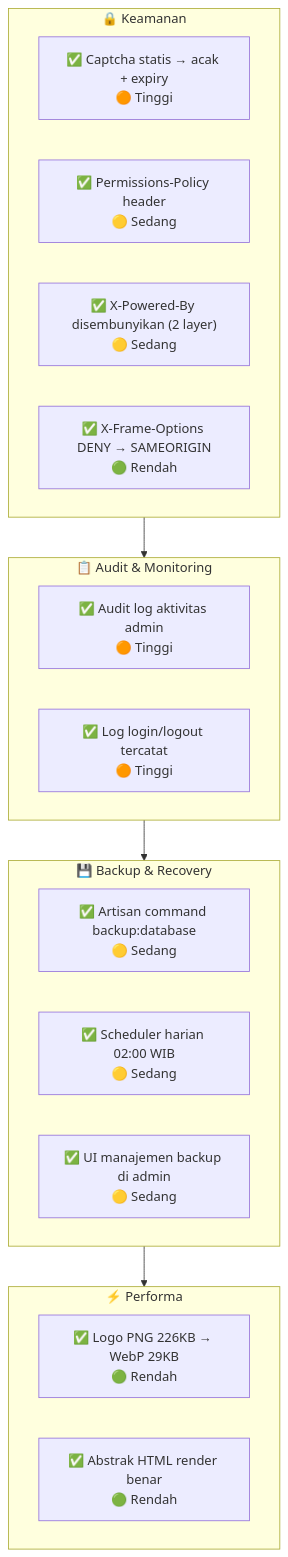
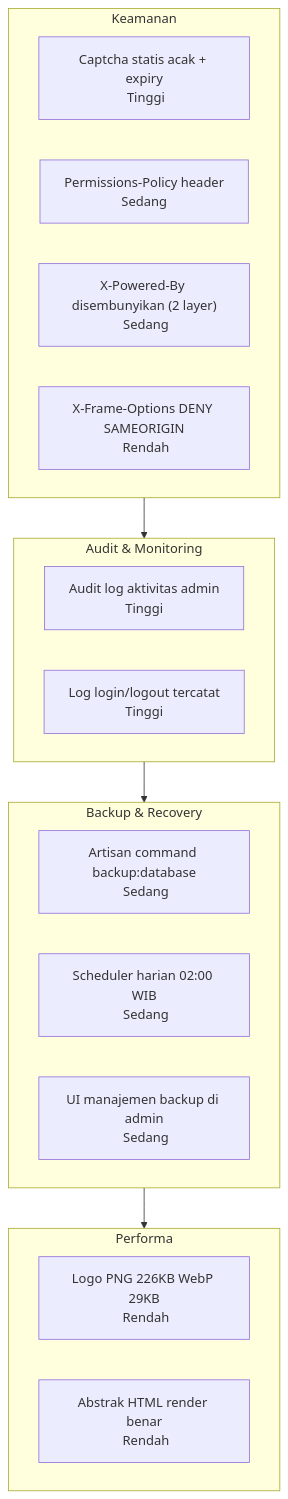
One commit to diskonnekted/jdih changed the seventh of 7 diagrams in docs/laporan_pentest_jdih.md. Above: the diagram before and after it, drawn with Mermaid. The commit also changed other lines of this file and 2 other files, not shown here.

````diff
--- a/docs/laporan_pentest_jdih.md
+++ b/docs/laporan_pentest_jdih.md
@@ -207,23 +203,23 @@
 ```mermaid
 graph TD
-    subgraph SEC ["🔒 Keamanan"]
-        S1["✅ Captcha statis → acak + expiry\n🟠 Tinggi"]
-        S2["✅ Permissions-Policy header\n🟡 Sedang"]
-        S3["✅ X-Powered-By disembunyikan (2 layer)\n🟡 Sedang"]
-        S4["✅ X-Frame-Options DENY → SAMEORIGIN\n🟢 Rendah"]
+    subgraph SEC ["Keamanan"]
+    S1["Captcha statis acak + expiry\n Tinggi"]
+    S2["Permissions-Policy header\n Sedang"]
+    S3["X-Powered-By disembunyikan (2 layer)\n Sedang"]
+    S4["X-Frame-Options DENY SAMEORIGIN\n Rendah"]
     end
-    subgraph LOG ["📋 Audit & Monitoring"]
-        L1["✅ Audit log aktivitas admin\n🟠 Tinggi"]
-        L2["✅ Log login/logout tercatat\n🟠 Tinggi"]
+    subgraph LOG ["Audit & Monitoring"]
+    L1["Audit log aktivitas admin\n Tinggi"]
+    L2["Log login/logout tercatat\n Tinggi"]
     end
-    subgraph BAK ["💾 Backup & Recovery"]
-        B1["✅ Artisan command backup:database\n🟡 Sedang"]
-        B2["✅ Scheduler harian 02:00 WIB\n🟡 Sedang"]
-        B3["✅ UI manajemen backup di admin\n🟡 Sedang"]
+    subgraph BAK ["Backup & Recovery"]
+    B1["Artisan command backup:database\n Sedang"]
+    B2["Scheduler harian 02:00 WIB\n Sedang"]
+    B3["UI manajemen backup di admin\n Sedang"]
     end
-    subgraph PERF ["⚡ Performa"]
-        P1["✅ Logo PNG 226KB → WebP 29KB\n🟢 Rendah"]
-        P2["✅ Abstrak HTML render benar\n🟢 Rendah"]
+    subgraph PERF ["Performa"]
+    P1["Logo PNG 226KB WebP 29KB\n Rendah"]
+    P2["Abstrak HTML render benar\n Rendah"]
     end
     SEC --> LOG --> BAK --> PERF
 ```
````
